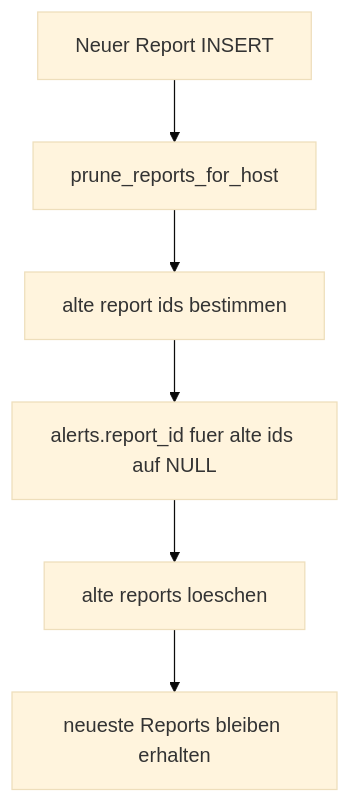
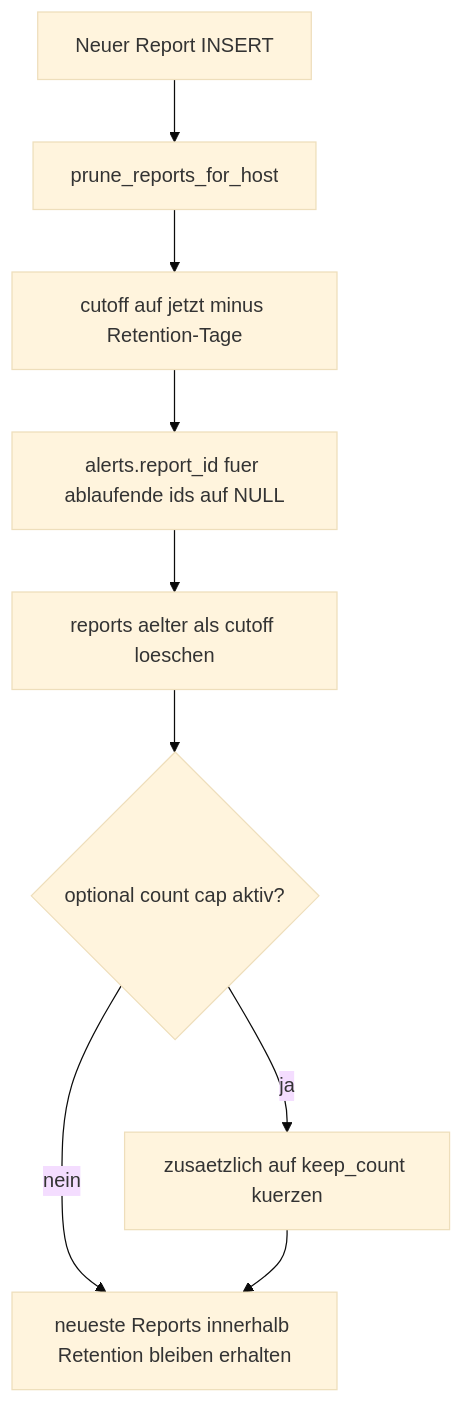
The diagram in docs/processes/datenaufbewahrung-pruning.md (rolfwalker71-commits/monitoring), drawn with Mermaid (base theme) before and after one commit. The commit also changed other lines of this file and 7 other files, not shown here.

Commit message:
v1.6.40: add admin vacuum panel and switch report retention to 42 days

````diff
--- a/docs/processes/datenaufbewahrung-pruning.md
+++ b/docs/processes/datenaufbewahrung-pruning.md
@@ -12,8 +13,11 @@
 ```mermaid
 flowchart TD
     A[Neuer Report INSERT] --> B[prune_reports_for_host]
-    B --> C[alte report ids bestimmen]
-    C --> D[alerts.report_id fuer alte ids auf NULL]
-    D --> E[alte reports loeschen]
-    E --> F[neueste Reports bleiben erhalten]
+    B --> C[cutoff auf jetzt minus Retention-Tage]
+    C --> D[alerts.report_id fuer ablaufende ids auf NULL]
+    D --> E[reports aelter als cutoff loeschen]
+    E --> F{optional count cap aktiv?}
+    F -->|ja| G[zusaetzlich auf keep_count kuerzen]
+    F -->|nein| H[neueste Reports innerhalb Retention bleiben erhalten]
+    G --> H
 ```
````
